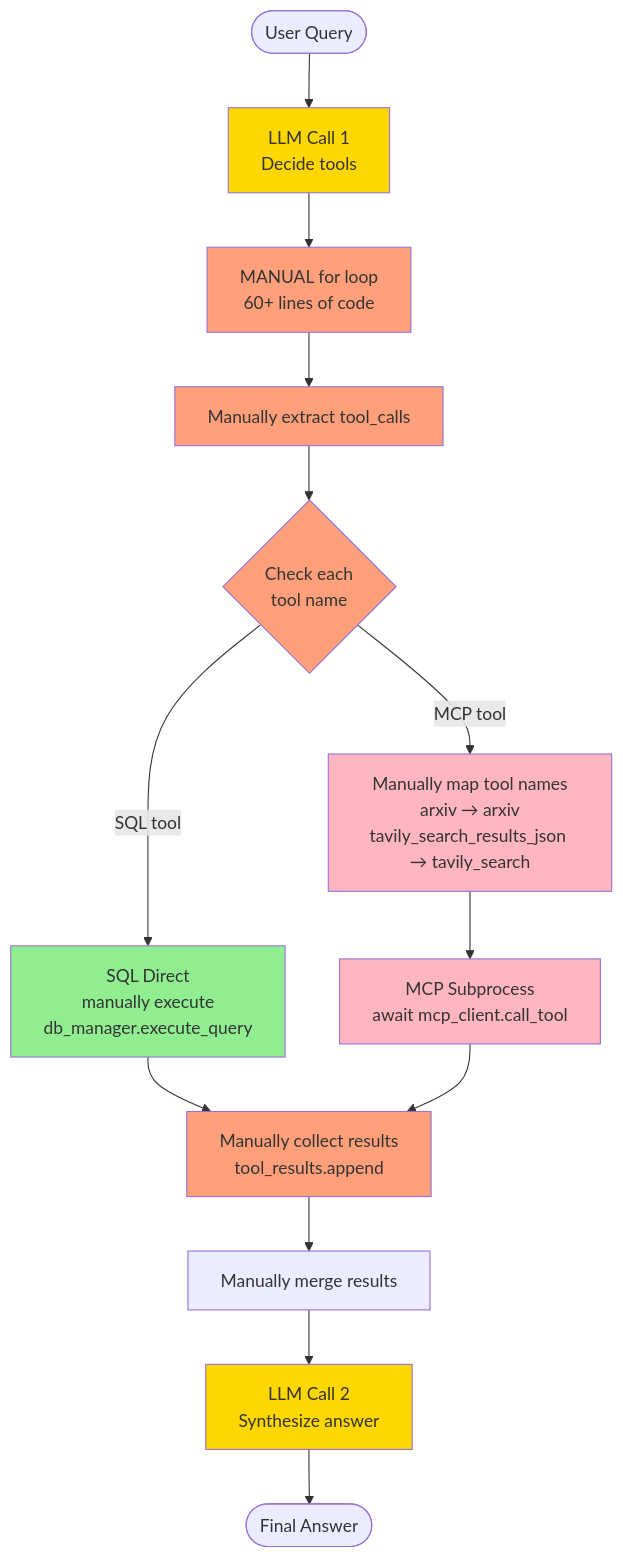
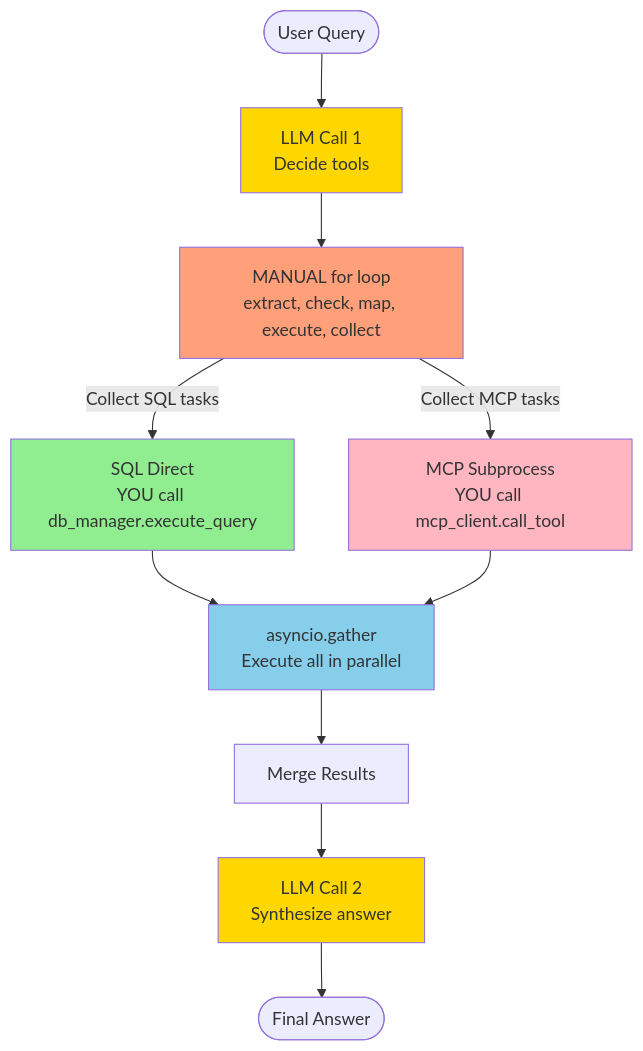
The fourth of 6 diagrams in AgenticAI/simple_chatbot_mcp_langgraph/readme.md (Yuhsuant1994/DataScienKnowledge), drawn with Mermaid before and after one commit. The commit also changed other lines of this file and 1 other file, not shown here.

````diff
--- a/AgenticAI/simple_chatbot_mcp_langgraph/readme.md
+++ b/AgenticAI/simple_chatbot_mcp_langgraph/readme.md
@@ -84,30 +77,23 @@
 ```mermaid
 graph TD
     START([User Query]) --> LLM1[LLM Call 1<br/>Decide tools]
-    LLM1 --> MANUAL[MANUAL for loop<br/>60+ lines of code]
+    LLM1 --> MANUAL[MANUAL for loop<br/>extract, check, map, execute, collect]
 
-    MANUAL --> EXTRACT[Manually extract tool_calls]
-    EXTRACT --> CHECK{Check each<br/>tool name}
+    MANUAL -->|Collect SQL tasks| SQL[SQL Direct<br/>YOU call db_manager.execute_query]
+    MANUAL -->|Collect MCP tasks| MCP[MCP Subprocess<br/>YOU call mcp_client.call_tool]
 
-    CHECK -->|SQL tool| SQL[SQL Direct<br/>manually execute<br/>db_manager.execute_query]
-    CHECK -->|MCP tool| MCPMAP[Manually map tool names<br/>arxiv → arxiv<br/>tavily_search_results_json → tavily_search]
+    SQL --> PARALLEL[asyncio.gather<br/>Execute all in parallel]
+    MCP --> PARALLEL
 
-    MCPMAP --> MCP[MCP Subprocess<br/>await mcp_client.call_tool]
+    PARALLEL --> MERGE[Merge Results]
 
-    SQL --> COLLECT[Manually collect results<br/>tool_results.append]
-    MCP --> COLLECT
-
-    COLLECT --> MERGE[Manually merge results]
     MERGE --> LLM2[LLM Call 2<br/>Synthesize answer]
     LLM2 --> END([Final Answer])
 
     style LLM1 fill:#FFD700
     style LLM2 fill:#FFD700
     style MANUAL fill:#FFA07A
-    style EXTRACT fill:#FFA07A
-    style CHECK fill:#FFA07A
-    style COLLECT fill:#FFA07A
+    style PARALLEL fill:#87CEEB
     style SQL fill:#90EE90
-    style MCPMAP fill:#FFB6C1
     style MCP fill:#FFB6C1
 ```
````
